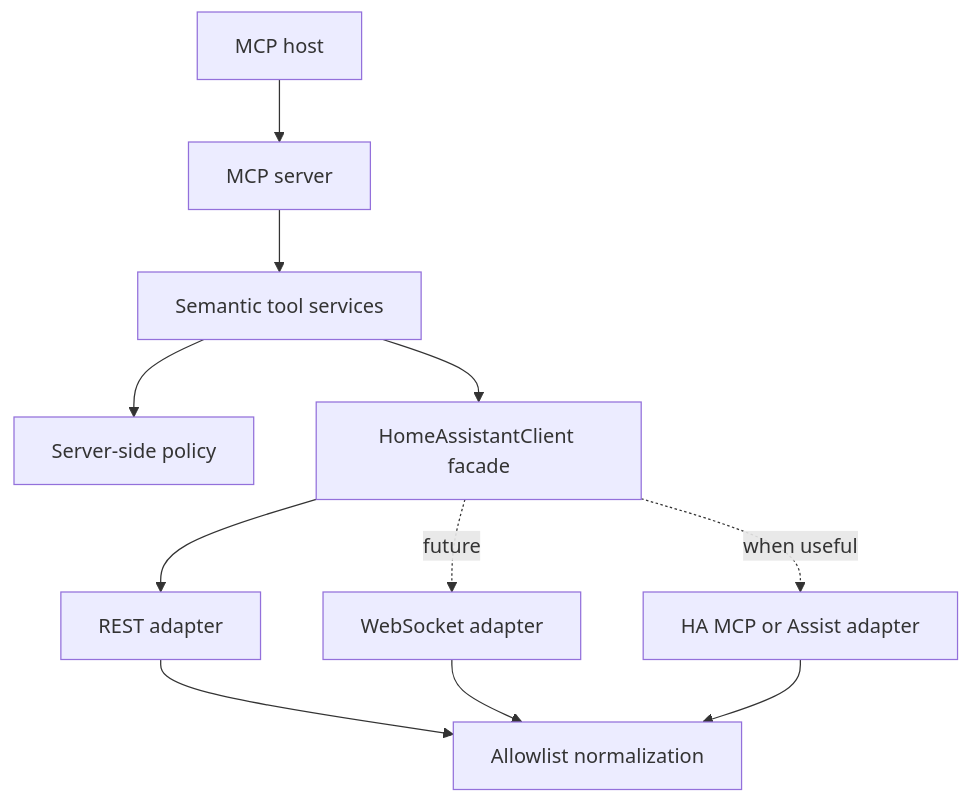
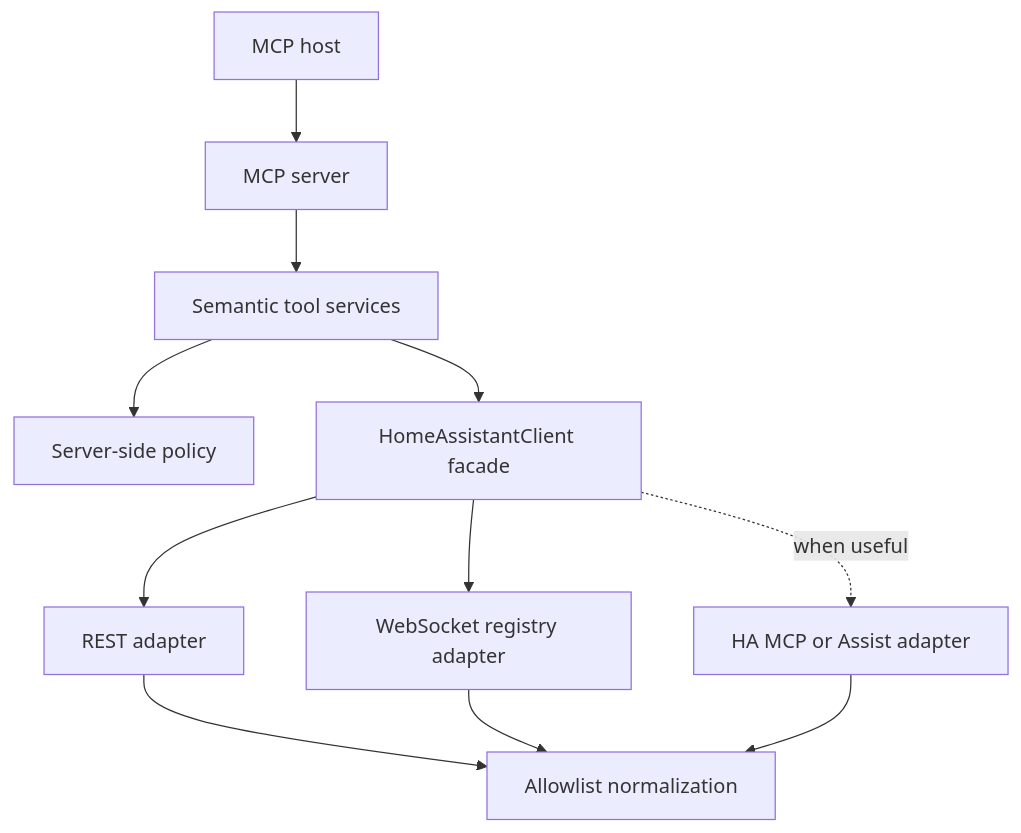
The diagram in docs/architecture.md (ambient-home-systems/ambient-ha-mcp), drawn with Mermaid before and after one commit. The commit also changed other lines of this file and 36 other files, not shown here.

````diff
--- a/docs/architecture.md
+++ b/docs/architecture.md
@@ -9,13 +9,13 @@
 ```mermaid
 flowchart TD
     Client[MCP host] --> Server[MCP server]
     Server --> Tools[Semantic tool services]
     Tools --> Policy[Server-side policy]
     Tools --> Gateway[HomeAssistantClient facade]
     Gateway --> REST[REST adapter]
-    Gateway -. future .-> WS[WebSocket adapter]
+    Gateway --> WS[WebSocket registry adapter]
     Gateway -. when useful .-> HAMCP[HA MCP or Assist adapter]
     REST --> Normalize[Allowlist normalization]
     WS --> Normalize
     HAMCP --> Normalize
 ```
````
